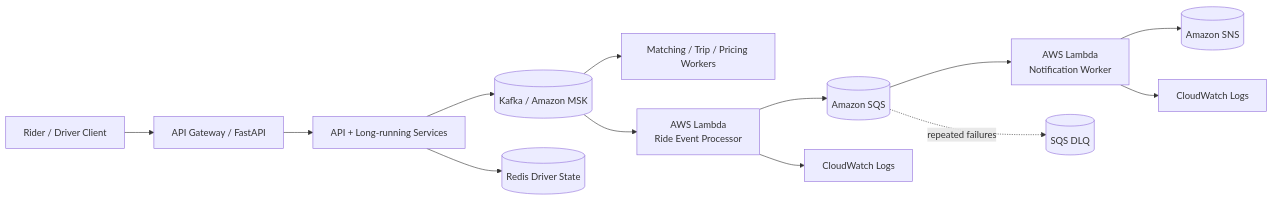
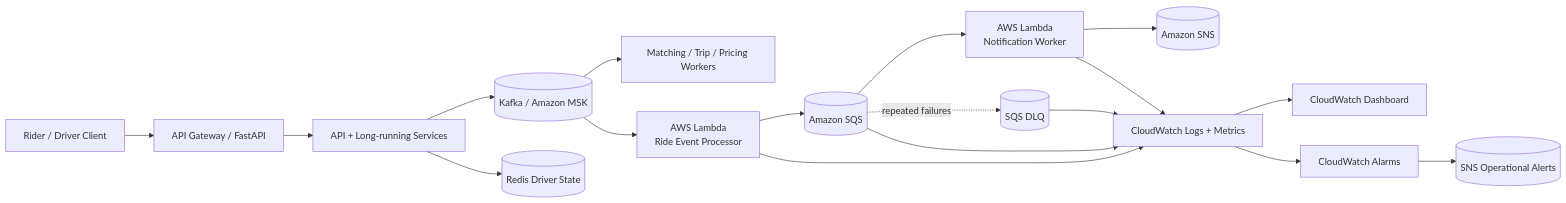
The diagram in README.md (CoreyLeath-code/Scalable-Event-Driven-Ride-Sharing-Platform), drawn with Mermaid before and after one commit. The commit also changed other lines of this file, not shown here.

Commit message:
docs: document CloudWatch observability

````diff
--- a/README.md
+++ b/README.md
@@ -23,17 +24,22 @@
 ```mermaid
 flowchart LR
     Client[Rider / Driver Client] --> Gateway[API Gateway / FastAPI]
     Gateway --> Services[API + Long-running Services]
     Services --> Kafka[(Kafka / Amazon MSK)]
     Services --> Redis[(Redis Driver State)]
 
     Kafka --> Matching[Matching / Trip / Pricing Workers]
     Kafka --> Lambda1[AWS Lambda\nRide Event Processor]
     Lambda1 --> SQS[(Amazon SQS)]
     SQS --> Lambda2[AWS Lambda\nNotification Worker]
     SQS -. repeated failures .-> DLQ[(SQS DLQ)]
     Lambda2 --> SNS[(Amazon SNS)]
 
-    Lambda1 --> CW1[CloudWatch Logs]
-    Lambda2 --> CW2[CloudWatch Logs]
+    Lambda1 --> CW[CloudWatch Logs + Metrics]
+    Lambda2 --> CW
+    SQS --> CW
+    DLQ --> CW
+    CW --> Dashboard[CloudWatch Dashboard]
+    CW --> Alarms[CloudWatch Alarms]
+    Alarms --> OpsSNS[(SNS Operational Alerts)]
 ```
````
